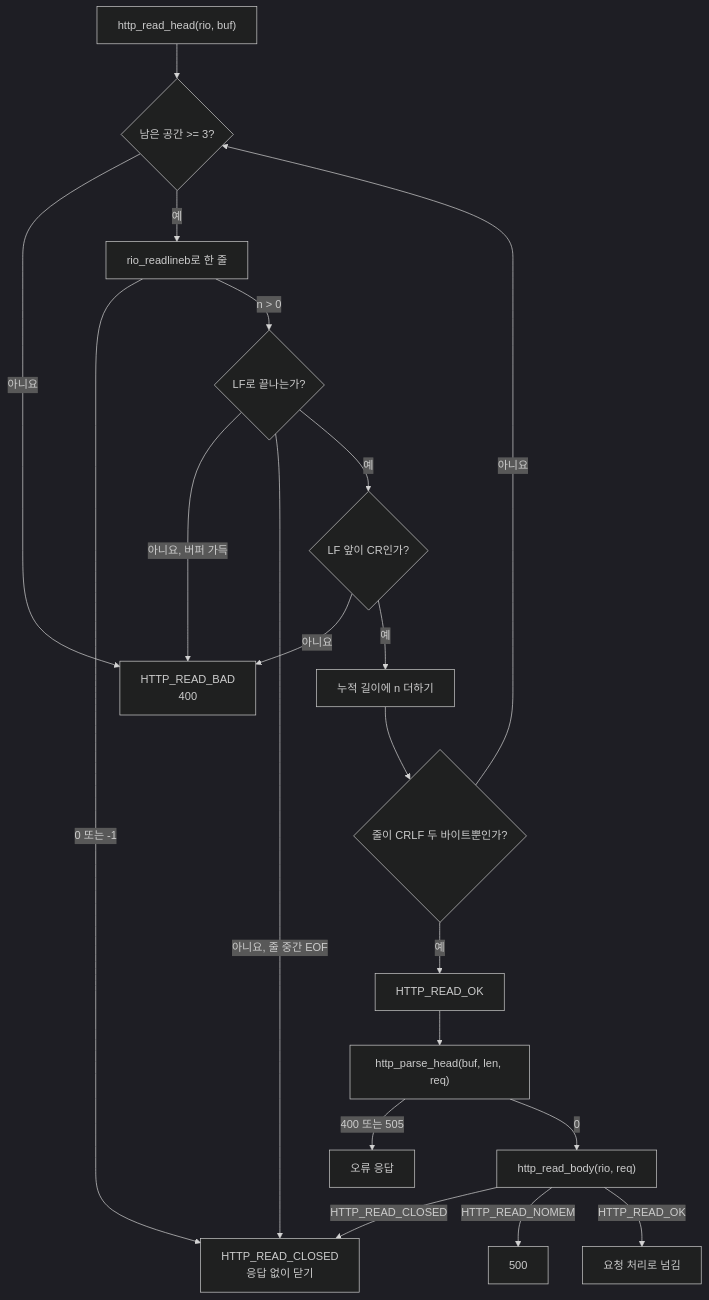
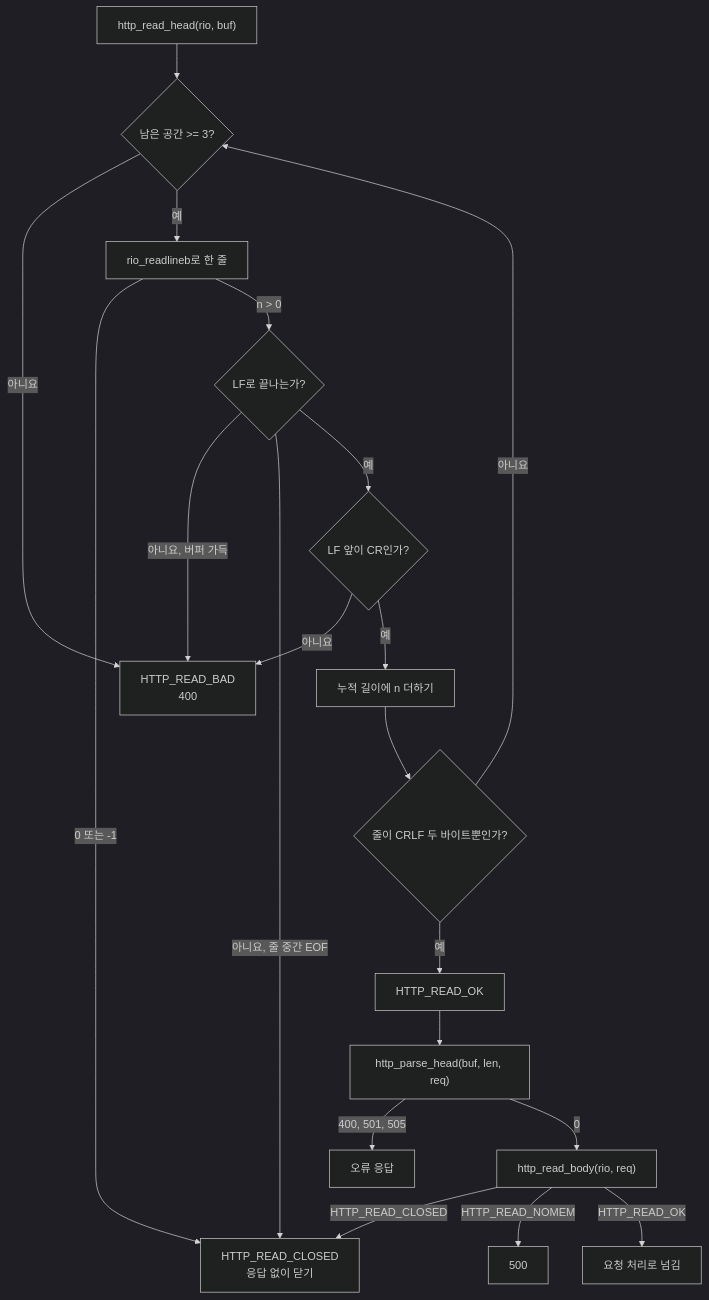
The diagram in docs/http-request-parsing/design.md (choimoohun/SW-AI-W13-Web-Server), drawn with Mermaid (dark theme) before and after one commit. The commit also changed 14 other files, not shown here.

````diff
--- a/docs/http-request-parsing/design.md
+++ b/docs/http-request-parsing/design.md
@@ -65,23 +65,23 @@
 ```mermaid
 flowchart TD
     A["http_read_head(rio, buf)"] --> A0
     B["rio_readlineb로 한 줄"]
     B -->|"0 또는 -1"| X["HTTP_READ_CLOSED<br/>응답 없이 닫기"]
     A0{"남은 공간 >= 3?"} -->|"아니요"| E["HTTP_READ_BAD<br/>400"]
     A0 -->|"예"| B
     B -->|"n > 0"| C{"LF로 끝나는가?"}
     C -->|"아니요, 버퍼 가득"| E
     C -->|"아니요, 줄 중간 EOF"| X
     C -->|"예"| D{"LF 앞이 CR인가?"}
     D -->|"아니요"| E
     D -->|"예"| F["누적 길이에 n 더하기"]
     F --> G{"줄이 CRLF 두 바이트뿐인가?"}
     G -->|"아니요"| A0
     G -->|"예"| H["HTTP_READ_OK"]
     H --> I["http_parse_head(buf, len, req)"]
-    I -->|"400 또는 505"| E2["오류 응답"]
+    I -->|"400, 501, 505"| E2["오류 응답"]
     I -->|"0"| J["http_read_body(rio, req)"]
     J -->|"HTTP_READ_CLOSED"| X
     J -->|"HTTP_READ_NOMEM"| E3["500"]
     J -->|"HTTP_READ_OK"| K["요청 처리로 넘김"]
 ```
````
